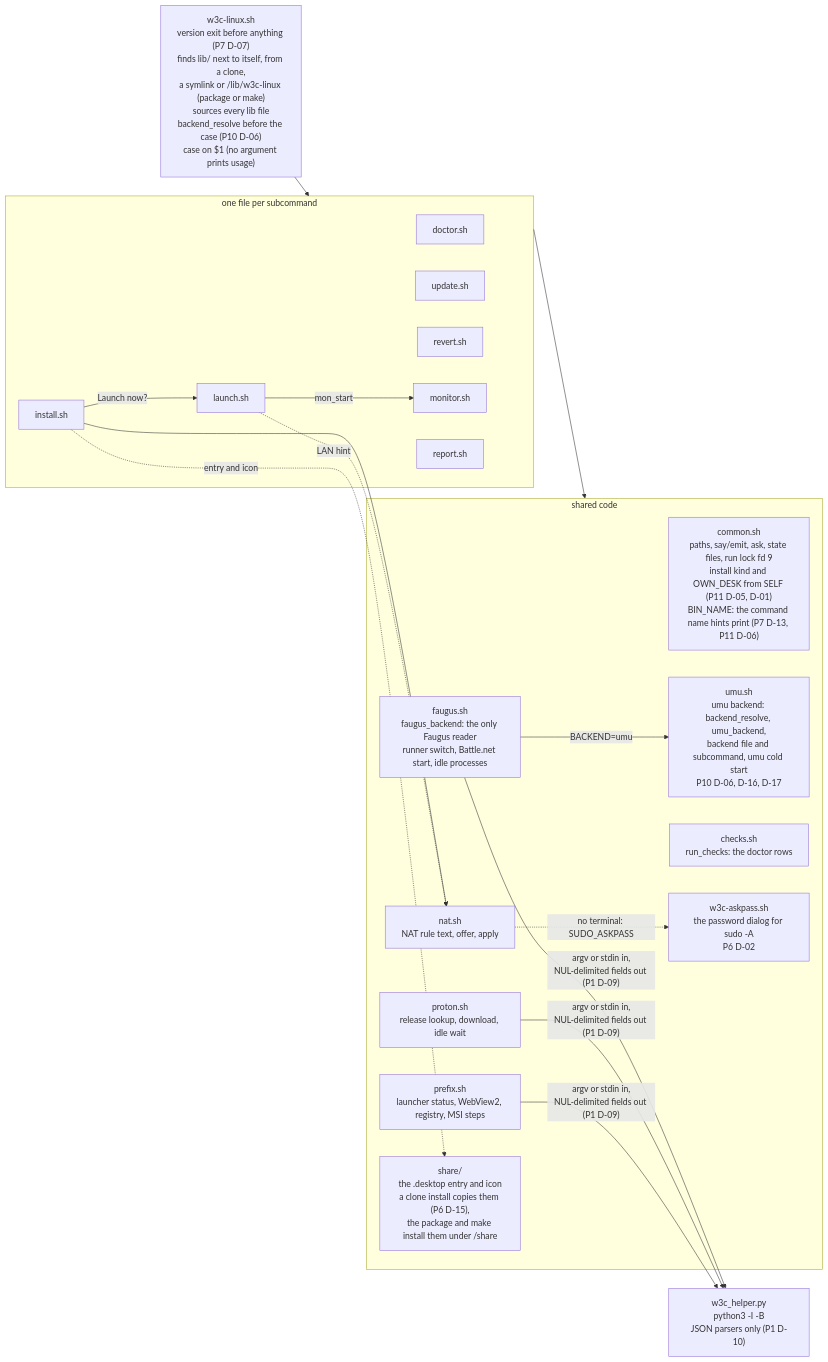
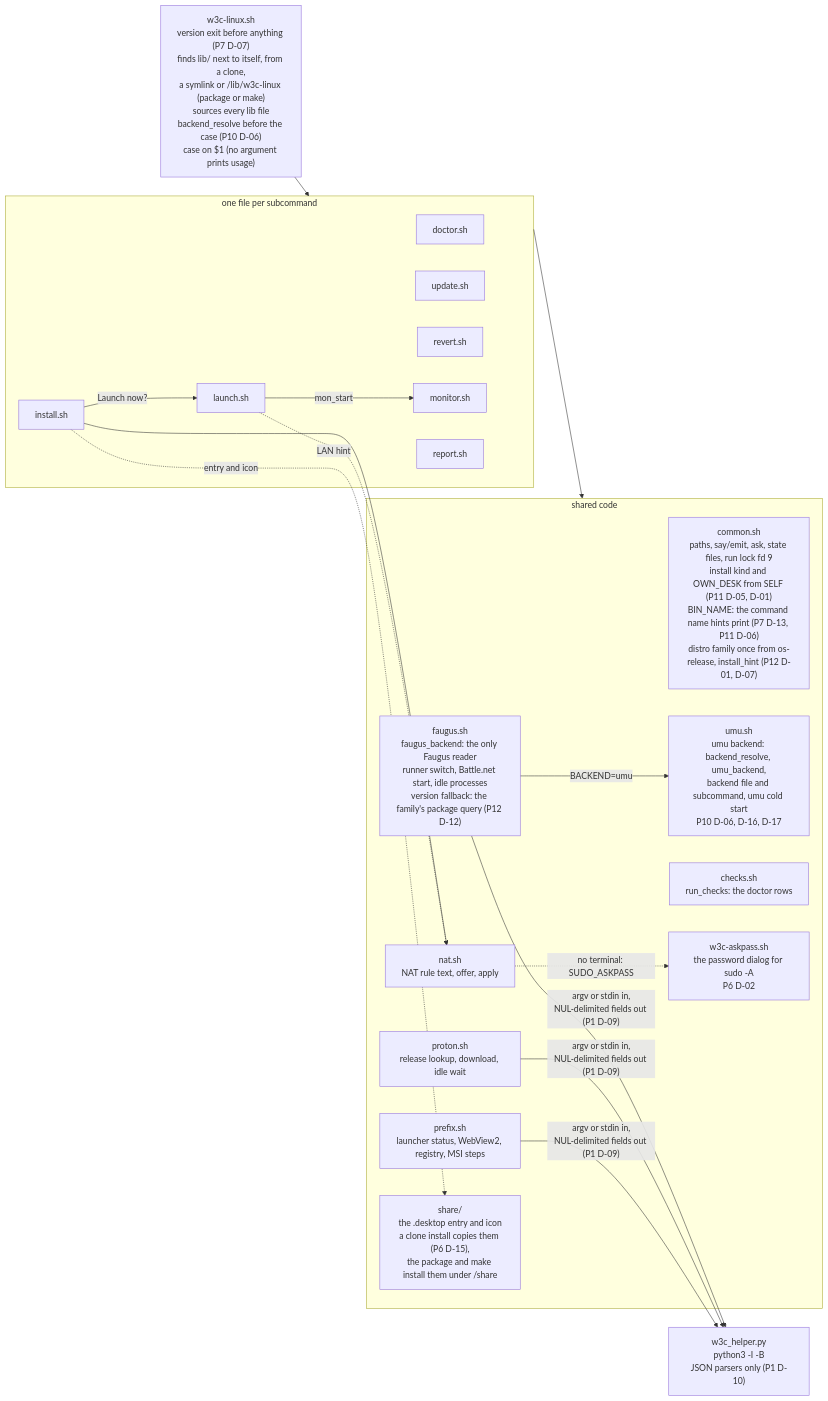
One commit to Nikita-Bombela/w3c-arch-linux changed the first of 9 diagrams in docs/ARCHITECTURE.md. Above: the diagram before and after it, drawn with Mermaid. The commit also changed other lines of this file and 28 other files, not shown here.

````diff
--- a/docs/ARCHITECTURE.md
+++ b/docs/ARCHITECTURE.md
@@ -12,39 +12,39 @@
 ```mermaid
 flowchart LR
     entry["w3c-linux.sh<br/>version exit before anything (P7 D-07)<br/>finds lib/ next to itself, from a clone,<br/>a symlink or <prefix>/lib/w3c-linux (package or make)<br/>sources every lib file<br/>backend_resolve before the case (P10 D-06)<br/>case on $1 (no argument prints usage)"]
 
     subgraph cmds["one file per subcommand"]
         doctor[doctor.sh]
         install[install.sh]
         update[update.sh]
         revert[revert.sh]
         launch[launch.sh]
         monitor[monitor.sh]
         report[report.sh]
     end
 
     subgraph shared["shared code"]
-        common["common.sh<br/>paths, say/emit, ask, state files, run lock fd 9<br/>install kind and OWN_DESK from SELF (P11 D-05, D-01)<br/>BIN_NAME: the command name hints print (P7 D-13, P11 D-06)"]
-        faugus["faugus.sh<br/>faugus_backend: the only Faugus reader<br/>runner switch, Battle.net start, idle processes"]
+        common["common.sh<br/>paths, say/emit, ask, state files, run lock fd 9<br/>install kind and OWN_DESK from SELF (P11 D-05, D-01)<br/>BIN_NAME: the command name hints print (P7 D-13, P11 D-06)<br/>distro family once from os-release, install_hint (P12 D-01, D-07)"]
+        faugus["faugus.sh<br/>faugus_backend: the only Faugus reader<br/>runner switch, Battle.net start, idle processes<br/>version fallback: the family's package query (P12 D-12)"]
         umu["umu.sh<br/>umu backend: backend_resolve, umu_backend,<br/>backend file and subcommand, umu cold start<br/>P10 D-06, D-16, D-17"]
         checks["checks.sh<br/>run_checks: the doctor rows"]
         proton["proton.sh<br/>release lookup, download, idle wait"]
         prefix["prefix.sh<br/>launcher status, WebView2, registry, MSI steps"]
         nat["nat.sh<br/>NAT rule text, offer, apply"]
         askpass["w3c-askpass.sh<br/>the password dialog for sudo -A<br/>P6 D-02"]
         share["share/<br/>the .desktop entry and icon<br/>a clone install copies them (P6 D-15),<br/>the package and make install them under <prefix>/share"]
     end
 
     py["w3c_helper.py<br/>python3 -I -B<br/>JSON parsers only (P1 D-10)"]
 
     faugus -->|"BACKEND=umu"| umu
     entry --> cmds
     cmds --> shared
     install --> nat
     nat -.->|"no terminal: SUDO_ASKPASS"| askpass
     install -.->|"entry and icon"| share
     launch -.->|"LAN hint"| nat
     launch -->|"mon_start"| monitor
     install -->|"Launch now?"| launch
     faugus & proton & prefix -->|"argv or stdin in,<br/>NUL-delimited fields out (P1 D-09)"| py
 ```
````
